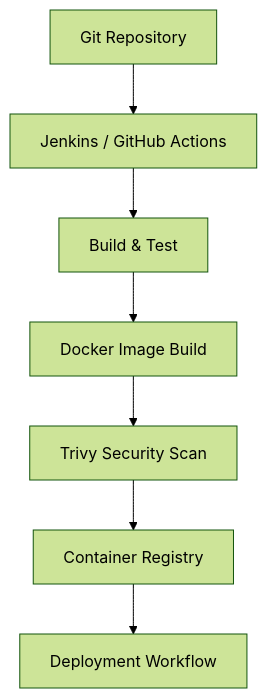
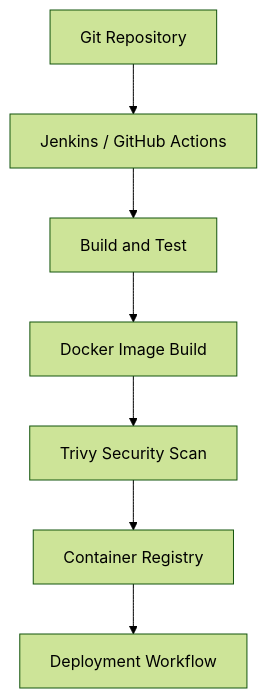
The seventh of 8 diagrams in README.md (manesaurabh1704-devops/manesaurabh1704-devops), drawn with Mermaid (forest theme) before and after one commit. The commit also changed other lines of this file, not shown here.

````diff
--- a/README.md
+++ b/README.md
@@ -552,9 +493,9 @@
 ```mermaid
 flowchart TD
     A["Git Repository"] --> B["Jenkins / GitHub Actions"]
-    B --> C["Build & Test"]
+    B --> C["Build and Test"]
     C --> D["Docker Image Build"]
     D --> E["Trivy Security Scan"]
     E --> F["Container Registry"]
     F --> G["Deployment Workflow"]
 ```
````
